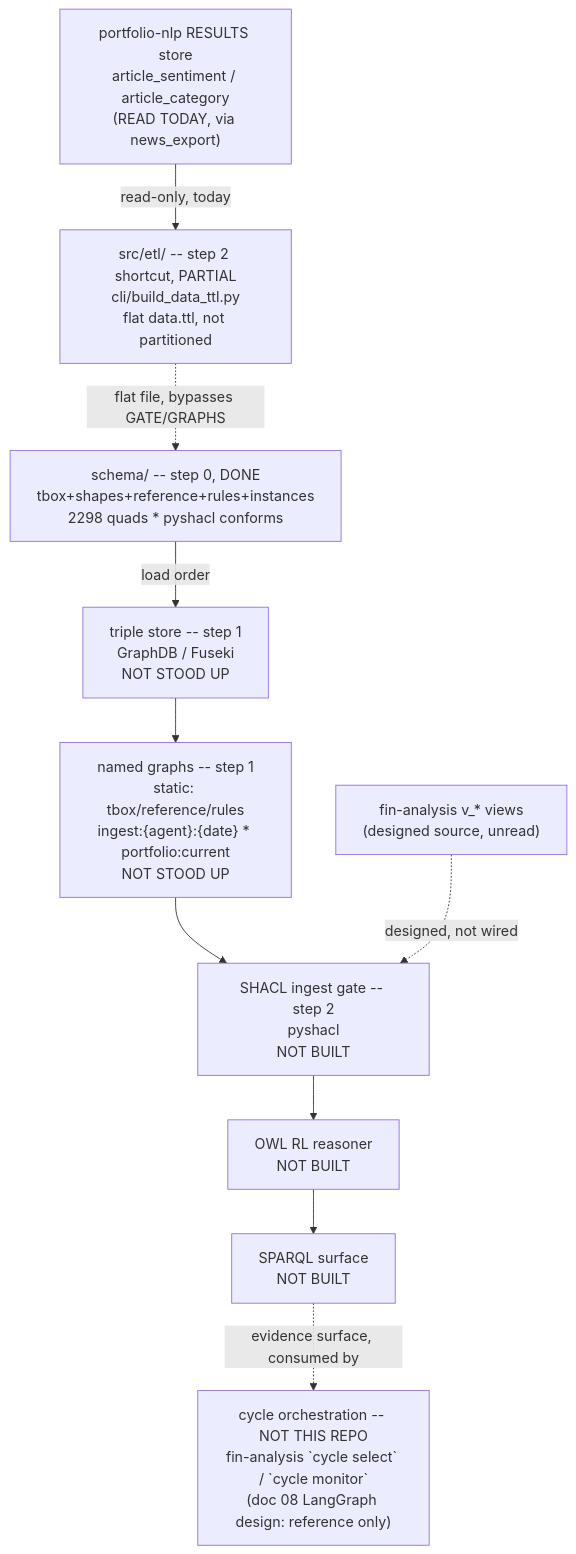
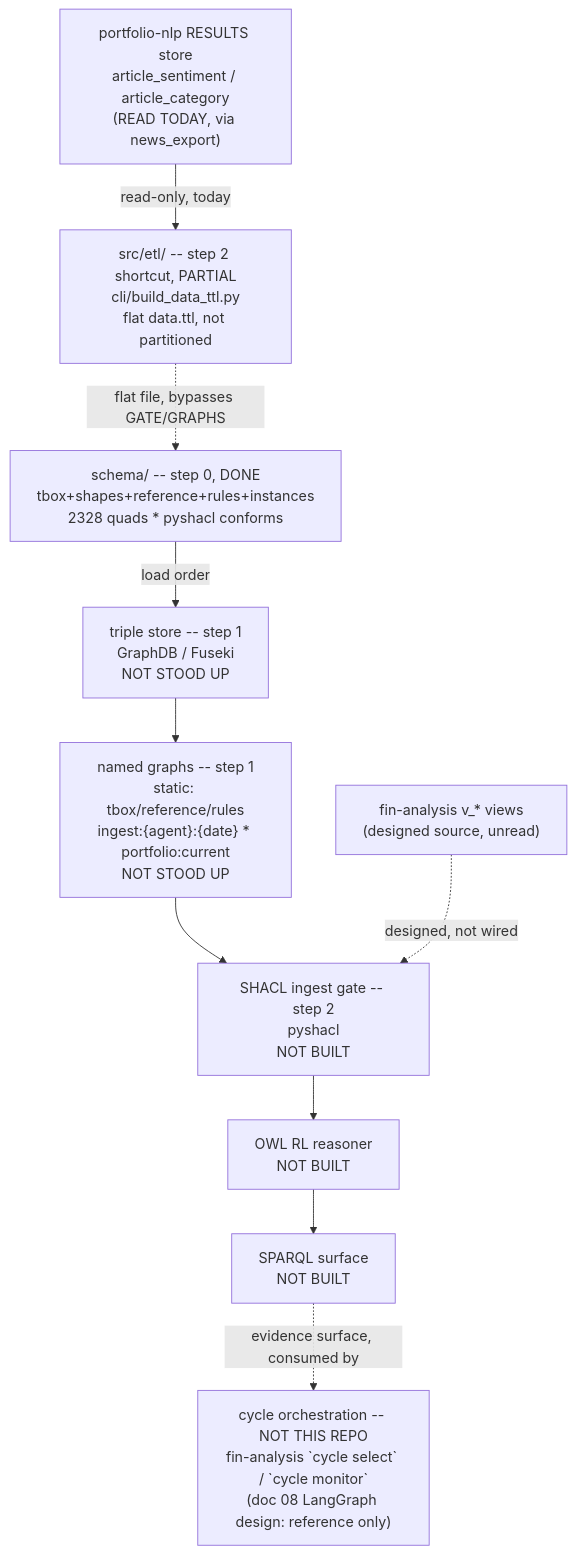
The diagram in .specify/memory/SPEC.md (gamug/portfolio-knowledge-graph), drawn with Mermaid before and after one commit. The commit also changed other lines of this file and 10 other files, not shown here.

Commit message:
fix(schema): address PR #42 review — live_book not projected as BENCHMARK, units, quantBenchmark, benchmarkKind, stale T-109 comments

````diff
--- a/.specify/memory/SPEC.md
+++ b/.specify/memory/SPEC.md
@@ -298,20 +298,20 @@
 ```mermaid
 flowchart TB
-    SCHEMA["schema/ -- step 0, DONE<br/>tbox+shapes+reference+rules+instances<br/>2298 quads * pyshacl conforms"]
+    SCHEMA["schema/ -- step 0, DONE<br/>tbox+shapes+reference+rules+instances<br/>2328 quads * pyshacl conforms"]
     STORE["triple store -- step 1<br/>GraphDB / Fuseki<br/>NOT STOOD UP"]
     GRAPHS["named graphs -- step 1<br/>static: tbox/reference/rules<br/>ingest:{agent}:{date} * portfolio:current<br/>NOT STOOD UP"]
     GATE["SHACL ingest gate -- step 2<br/>pyshacl<br/>NOT BUILT"]
     FIN["fin-analysis v_* views<br/>(designed source, unread)"]
     NLPRES["portfolio-nlp RESULTS store<br/>article_sentiment / article_category<br/>(READ TODAY, via news_export)"]
     ETL["src/etl/ -- step 2 shortcut, PARTIAL<br/>cli/build_data_ttl.py<br/>flat data.ttl, not partitioned"]
     REASON["OWL RL reasoner<br/>NOT BUILT"]
     SPARQL["SPARQL surface<br/>NOT BUILT"]
     AGENTS["cycle orchestration -- NOT THIS REPO<br/>fin-analysis `cycle select` / `cycle monitor`<br/>(doc 08 LangGraph design: reference only)"]
 
     SCHEMA -->|load order| STORE --> GRAPHS --> GATE
     FIN -.->|designed, not wired| GATE
     NLPRES -->|read-only, today| ETL
     ETL -.->|flat file, bypasses GATE/GRAPHS| SCHEMA
     GATE --> REASON --> SPARQL
     SPARQL -.->|evidence surface, consumed by| AGENTS
 ```
````
